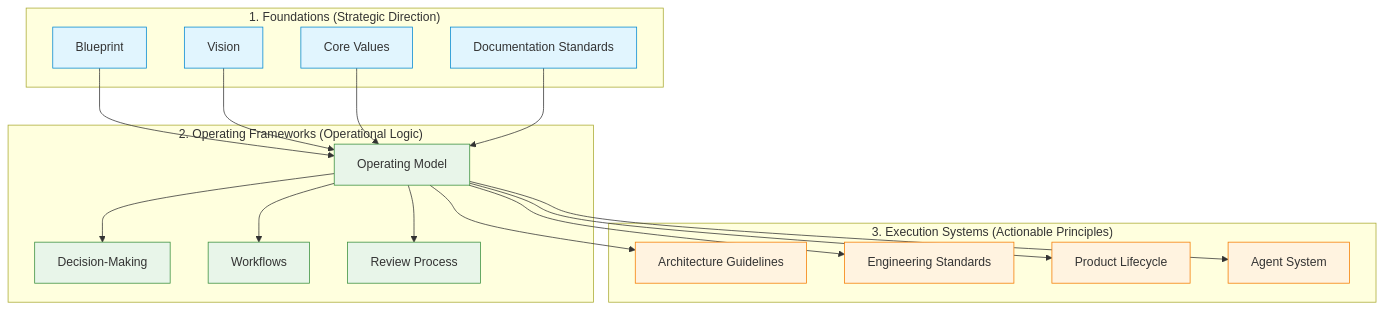
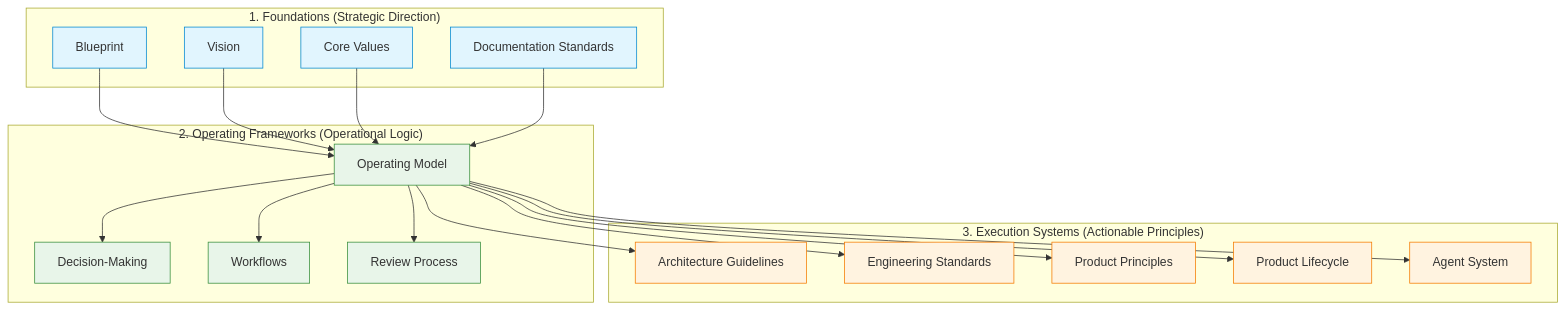
Before and after one commit to vectorlabs-studio/vectorlabs-studio: the diagram in docs/README.md, drawn with Mermaid. The commit also changed other lines of this file, not shown here.

Commit message:
docs: include PRODUCT_PRINCIPLES.md in handbook README

````diff
--- a/docs/README.md
+++ b/docs/README.md
@@ -23,40 +23,42 @@
 ```mermaid
 graph TD
     classDef default fill:#f9f9f9,stroke:#333,stroke-width:1px;
     classDef foundation fill:#e1f5fe,stroke:#0288d1,stroke-width:1px;
     classDef framework fill:#e8f5e9,stroke:#388e3c,stroke-width:1px;
     classDef execution fill:#fff3e0,stroke:#f57c00,stroke-width:1px;
 
     subgraph Foundations ["1. Foundations (Strategic Direction)"]
         blueprint["Blueprint"]:::foundation
         vision["Vision"]:::foundation
         values["Core Values"]:::foundation
         doc_standards["Documentation Standards"]:::foundation
     end
 
     subgraph Frameworks ["2. Operating Frameworks (Operational Logic)"]
         op_model["Operating Model"]:::framework
         dec_making["Decision-Making"]:::framework
         workflows["Workflows"]:::framework
         review["Review Process"]:::framework
     end
 
     subgraph Execution ["3. Execution Systems (Actionable Principles)"]
         architecture["Architecture Guidelines"]:::execution
         eng_standards["Engineering Standards"]:::execution
+        prod_principles["Product Principles"]:::execution
         lifecycle["Product Lifecycle"]:::execution
         agents["Agent System"]:::execution
     end
 
     blueprint --> op_model
     vision --> op_model
     values --> op_model
     doc_standards --> op_model
     op_model --> dec_making
     op_model --> workflows
     op_model --> review
     op_model --> architecture
     op_model --> eng_standards
+    op_model --> prod_principles
     op_model --> lifecycle
     op_model --> agents
 ```
````
